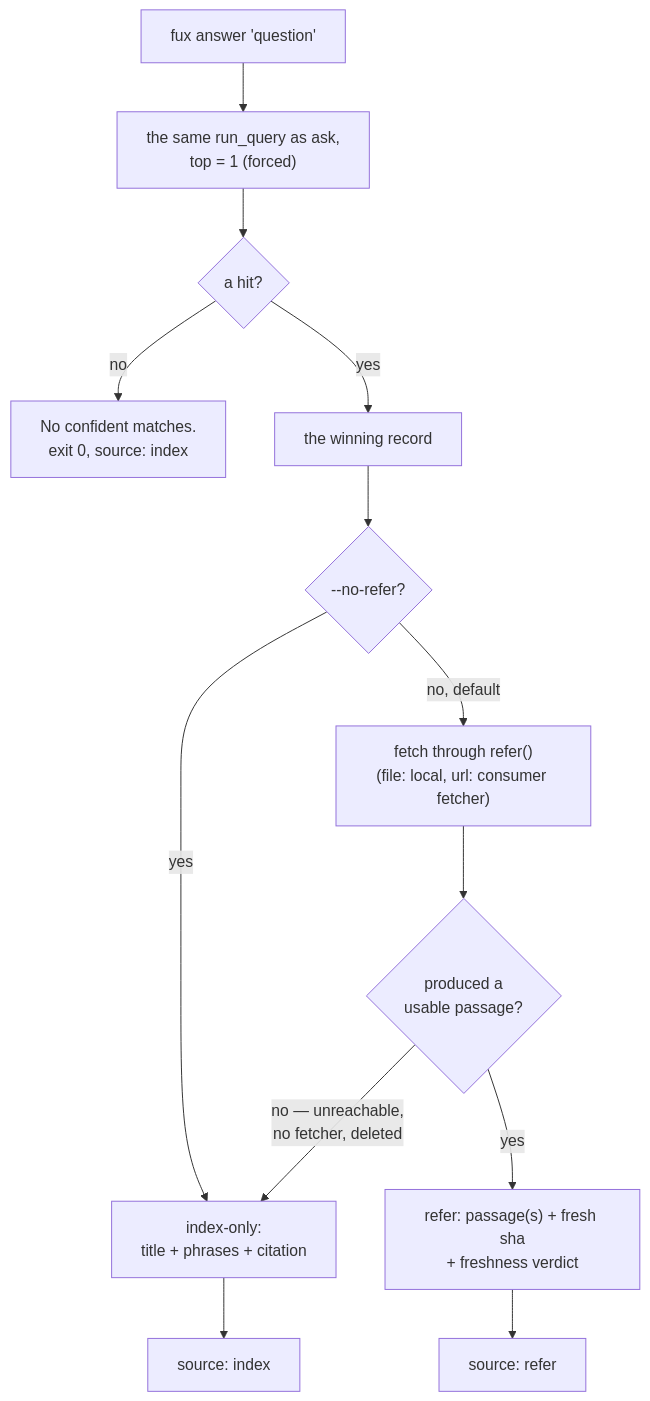
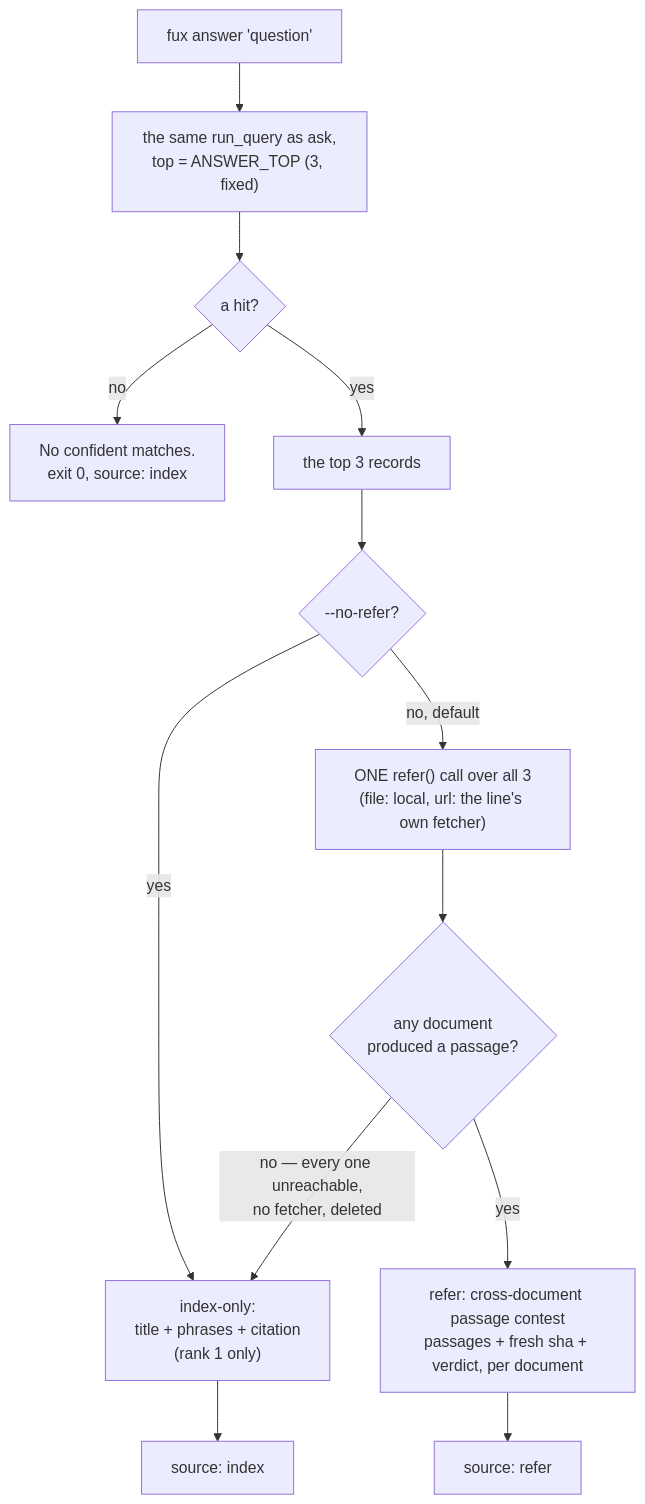
Before and after one commit to arpitarya/fux: the diagram in docs/adr/0006_answer.md, drawn with Mermaid. The commit also changed other lines of this file and 33 other files, not shown here.

````diff
--- a/docs/adr/0006_answer.md
+++ b/docs/adr/0006_answer.md
@@ -32,15 +38,15 @@
 ```mermaid
 flowchart TD
-    Q["fux answer 'question'"] --> R["the same run_query as ask,<br/>top = 1 (forced)"]
+    Q["fux answer 'question'"] --> R["the same run_query as ask,<br/>top = ANSWER_TOP (3, fixed)"]
     R --> H{"a hit?"}
     H -->|no| N["No confident matches.<br/>exit 0, source: index"]
-    H -->|yes| W["the winning record"]
+    H -->|yes| W["the top 3 records"]
     W --> NR{"--no-refer?"}
-    NR -->|yes| IDX["index-only:<br/>title + phrases + citation"]
-    NR -->|no, default| FET["fetch through refer()<br/>(file: local, url: consumer fetcher)"]
-    FET --> OK{"produced a<br/>usable passage?"}
-    OK -->|yes| REF["refer: passage(s) + fresh sha<br/>+ freshness verdict"]
-    OK -->|no — unreachable,<br/>no fetcher, deleted| IDX
+    NR -->|yes| IDX["index-only:<br/>title + phrases + citation<br/>(rank 1 only)"]
+    NR -->|no, default| FET["ONE refer() call over all 3<br/>(file: local, url: the line's own fetcher)"]
+    FET --> OK{"any document<br/>produced a passage?"}
+    OK -->|yes| REF["refer: cross-document passage contest<br/>passages + fresh sha + verdict, per document"]
+    OK -->|no — every one unreachable,<br/>no fetcher, deleted| IDX
     IDX --> SI["source: index"]
     REF --> SR["source: refer"]
 ```
````
